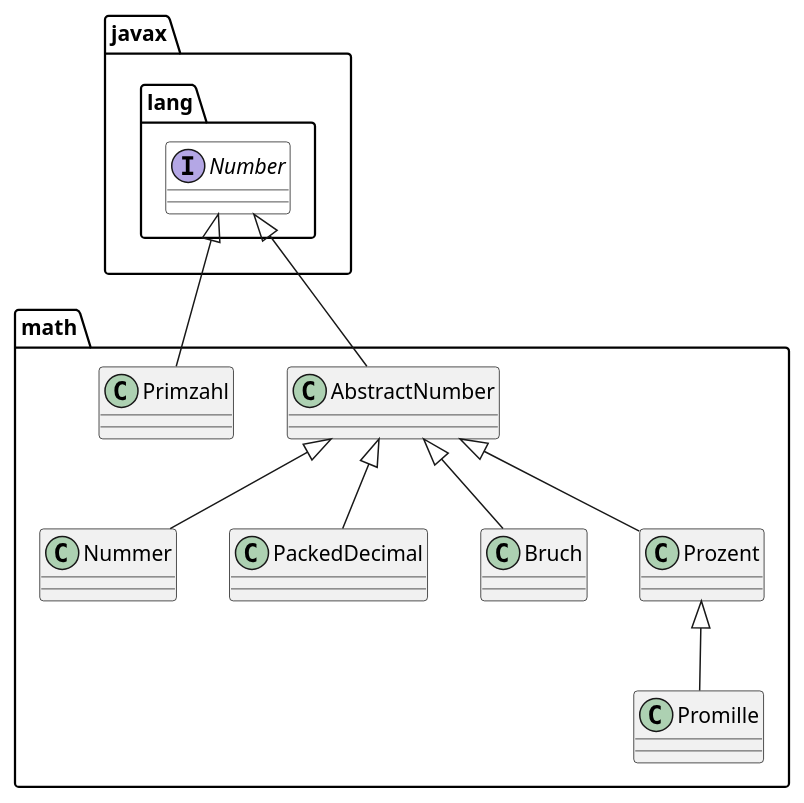
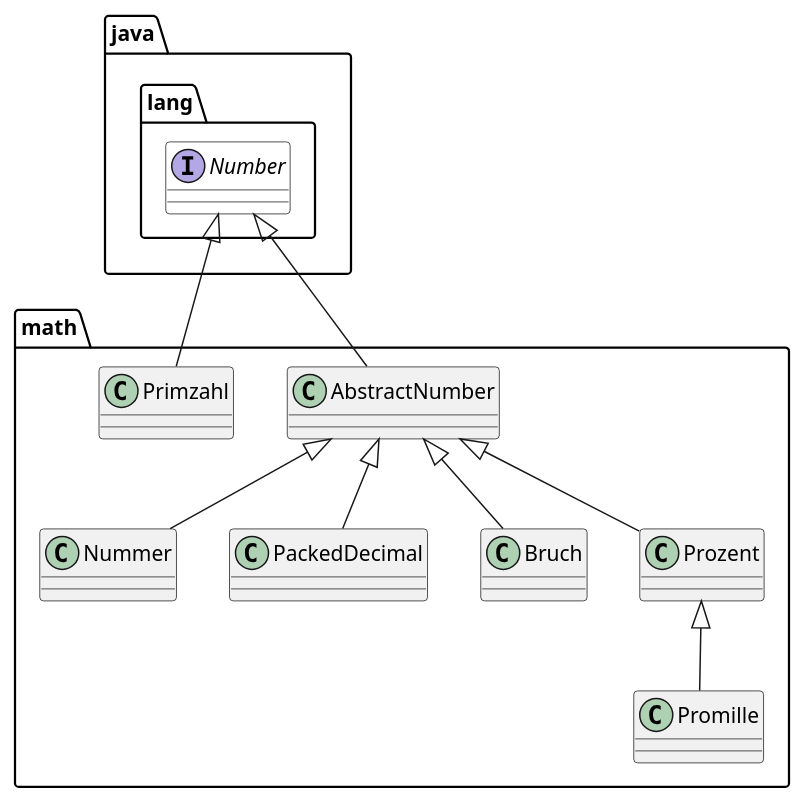
Before and after one commit to oboehm/jfachwert: the diagram in src/main/asciidoc/images/package-math.puml, drawn with PlantUML. The commit also changed 3 other files, not shown here.

```diff
--- a/src/main/asciidoc/images/package-math.puml
+++ b/src/main/asciidoc/images/package-math.puml
@@ -1,25 +1,25 @@
 @startuml
 
 package "math" {
 
     class AbstractNumber
     class Nummer
     class PackedDecimal
     class Bruch
     class Primzahl
     class Promille
     class Prozent
 
 }
 
-interface javax.lang.Number #white
+interface java.lang.Number #white
 
-javax.lang.Number <|-- AbstractNumber
-javax.lang.Number <|-- Primzahl
+java.lang.Number <|-- AbstractNumber
+java.lang.Number <|-- Primzahl
 AbstractNumber <|-- Nummer
 AbstractNumber <|-- PackedDecimal
 AbstractNumber <|-- Bruch
 AbstractNumber <|-- Prozent
 Prozent <|-- Promille
 
 @enduml
```
